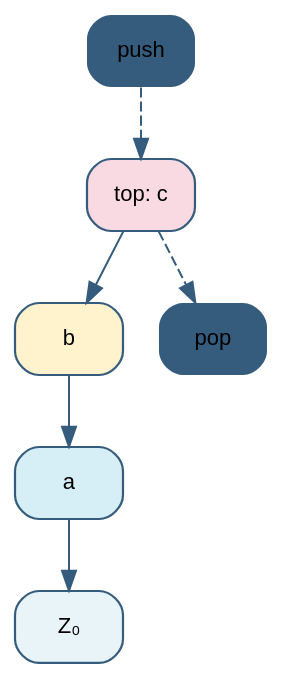
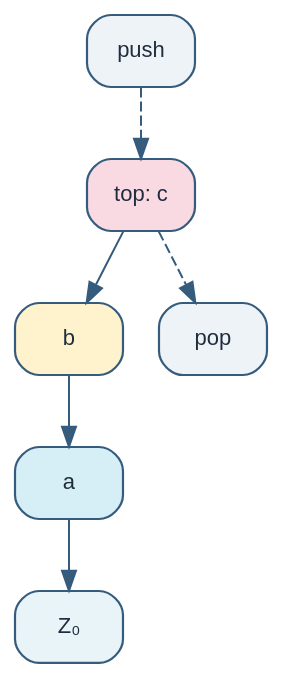
One commit to p0dyakov/inno_notes changed the third of 6 diagrams in semester-2/Theoretical Computer Science/5.qmd. Above: the diagram before and after it, drawn with Graphviz. The commit also changed 156 other files, not shown here.

````diff
--- a/semester-2/Theoretical Computer Science/5.qmd
+++ b/semester-2/Theoretical Computer Science/5.qmd
@@ -189,24 +189,24 @@
 ```{dot}
 //| fig-cap: "Stack behavior: push adds to the top, pop removes the most recent symbol"
 //| fig-width: 3.6
 //| fig-height: 3
 digraph stack_ops {
   rankdir=TB;
   bgcolor="transparent";
-  node [shape=box, style="filled,rounded", fontname="Helvetica", fontsize=11, color="#355c7d", penwidth=1.1];
+  node [shape=box, style="filled,rounded", fontname="Helvetica", fontsize=11, color="#355c7d", fontcolor="#1f2d3d", penwidth=1.1];
   edge [fontname="Helvetica", fontsize=10, color="#355c7d"];
 
   top [label="top: c", fillcolor="#f9d9e2"];
   mid [label="b", fillcolor="#fff3cd"];
   low [label="a", fillcolor="#d6eef5"];
   z0 [label="Z₀", fillcolor="#e8f4f8"];
-  push [shape=plaintext, label="push"];
-  pop [shape=plaintext, label="pop"];
+  push [label="push", fillcolor="#eef3f7"];
+  pop [label="pop", fillcolor="#eef3f7"];
 
   push -> top [style=dashed];
   top -> mid;
   mid -> low;
   low -> z0;
   top -> pop [style=dashed];
 }
 ```
````
